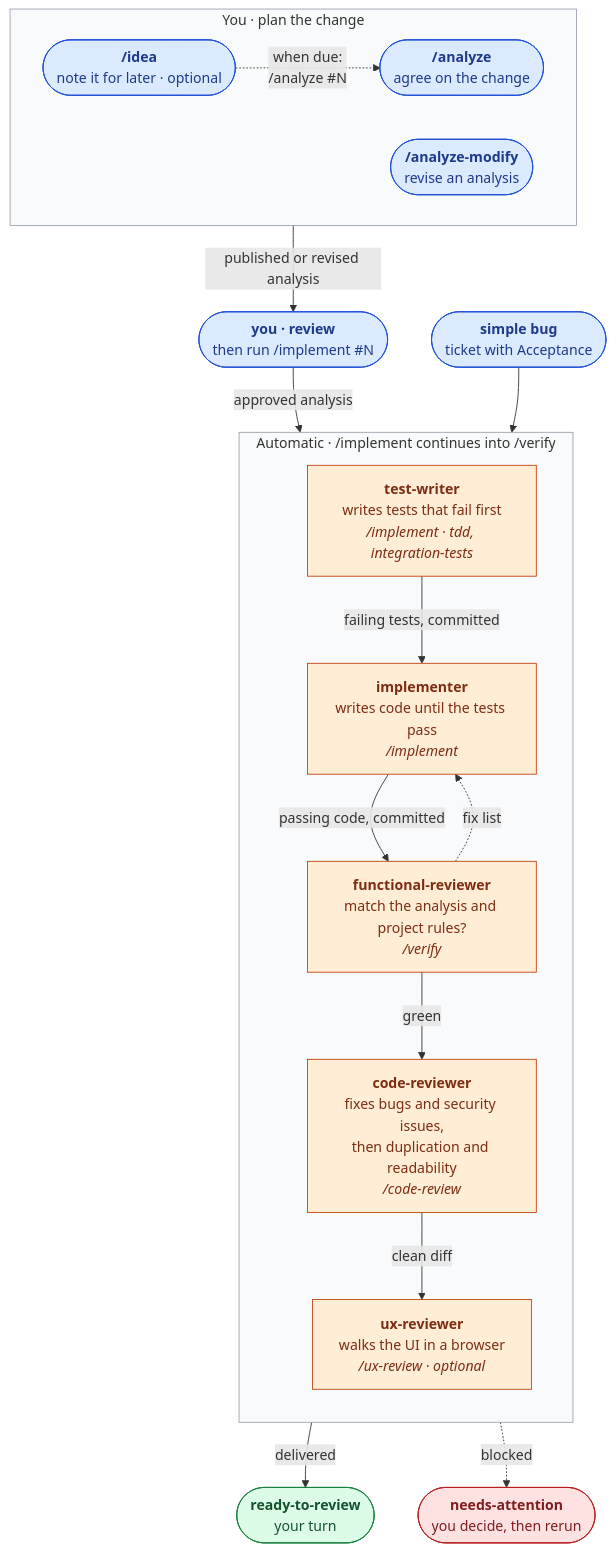
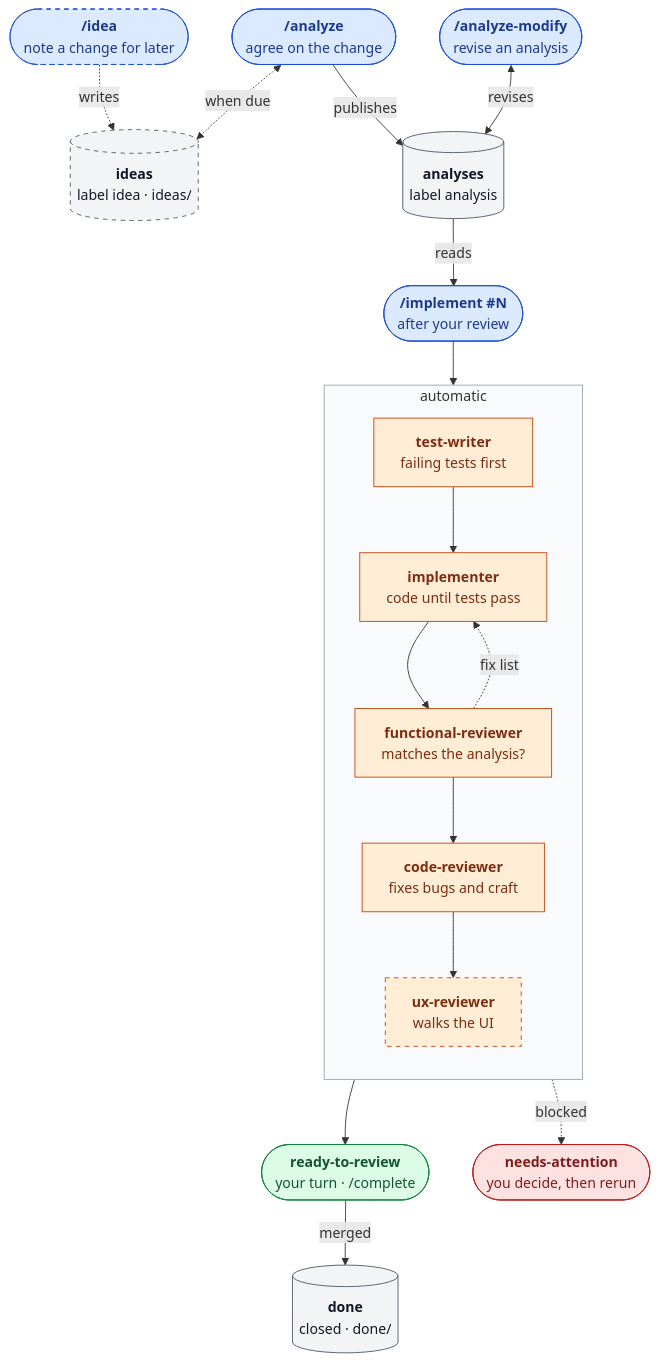
Before and after one commit to rdurica/enterprise-engineering-skills: the diagram in README.md, drawn with Mermaid. The commit also changed other lines of this file, not shown here.

Commit message:
docs(readme): redraw the workflow as a data flow through ideas and analyses (#3)

````diff
--- a/README.md
+++ b/README.md
@@ -31,47 +31,47 @@
 ```mermaid
 flowchart TD
-    subgraph Plan["You · plan the change"]
-        direction LR
-        Idea(["<b>/idea</b><br/>note it for later · optional"])
-        Analyze(["<b>/analyze</b><br/>agree on the change"])
-        Modify(["<b>/analyze-modify</b><br/>revise an analysis"])
-        Idea -. "when due:<br/>/analyze #N" .-> Analyze
+    Idea(["<b>/idea</b><br/>note a change for later"])
+    Analyze(["<b>/analyze</b><br/>agree on the change"])
+    Modify(["<b>/analyze-modify</b><br/>revise an analysis"])
+    Ideas[("<b>ideas</b><br/>label idea · ideas/")]
+    Analyses[("<b>analyses</b><br/>label analysis")]
+    Implement(["<b>/implement #N</b><br/>after your review"])
+
+    subgraph Auto["automatic"]
+        direction TB
+        testWriter["<b>test-writer</b><br/>failing tests first"]
+        implementer["<b>implementer</b><br/>code until tests pass"]
+        functional["<b>functional-reviewer</b><br/>matches the analysis?"]
+        codeReview["<b>code-reviewer</b><br/>fixes bugs and craft"]
+        ux["<b>ux-reviewer</b><br/>walks the UI"]
+
+        testWriter --> implementer --> functional --> codeReview --> ux
+        functional -. "fix list" .-> implementer
     end
 
-    Review(["<b>you · review</b><br/>then run /implement #N"])
-    Bug(["<b>simple bug</b><br/>ticket with Acceptance"])
+    Ready(["<b>ready-to-review</b><br/>your turn · /complete"])
+    Attention(["<b>needs-attention</b><br/>you decide, then rerun"])
+    Done[("<b>done</b><br/>closed · done/")]
 
-    subgraph Auto["Automatic · /implement continues into /verify"]
-        direction TB
-        testWriter["<b>test-writer</b><br/>writes tests that fail first<br/><i>/implement · tdd, integration-tests</i>"]
-        implementer["<b>implementer</b><br/>writes code until the tests pass<br/><i>/implement</i>"]
-        functional["<b>functional-reviewer</b><br/>match the analysis and project rules?<br/><i>/verify</i>"]
-        codeReview["<b>code-reviewer</b><br/>fixes bugs and security issues,<br/>then duplication and readability<br/><i>/code-review</i>"]
-        ux["<b>ux-reviewer</b><br/>walks the UI in a browser<br/><i>/ux-review · optional</i>"]
-
-        testWriter -- "failing tests, committed" --> implementer
-        implementer -- "passing code, committed" --> functional
-        functional -. "fix list" .-> implementer
-        functional -- "green" --> codeReview
-        codeReview -- "clean diff" --> ux
-    end
-
-    Ready(["<b>ready-to-review</b><br/>your turn"])
-    Attention(["<b>needs-attention</b><br/>you decide, then rerun"])
-
-    Plan -- "published or revised analysis" --> Review -- "approved analysis" --> testWriter
-    Bug --> testWriter
-    ux -- "delivered" --> Ready
+    Idea -. "writes" .-> Ideas
+    Analyze <-. "when due" .-> Ideas
+    Analyze -- "publishes" --> Analyses
+    Modify <-- "revises" --> Analyses
+    Analyses -- "reads" --> Implement --> testWriter
+    ux --> Ready -- "merged" --> Done
     Auto -. "blocked" .-> Attention
 
     classDef human fill:#dbeafe,stroke:#1d4ed8,color:#1e3a8a
     classDef agent fill:#ffedd5,stroke:#c2410c,color:#7c2d12
+    classDef optional stroke-dasharray:5 5
+    classDef store fill:#f3f4f6,stroke:#4b5563,color:#111827
     classDef ready fill:#dcfce7,stroke:#15803d,color:#14532d
     classDef blocked fill:#fee2e2,stroke:#b91c1c,color:#7f1d1d
-    class Idea,Analyze,Review,Bug,Modify human
+    class Idea,Analyze,Modify,Implement human
+    class Idea,Ideas,ux optional
     class testWriter,implementer,functional,codeReview,ux agent
+    class Ideas,Analyses,Done store
     class Ready ready
     class Attention blocked
-    style Plan fill:#f9fafb,stroke:#9ca3af
     style Auto fill:#f9fafb,stroke:#9ca3af
 ```
````
